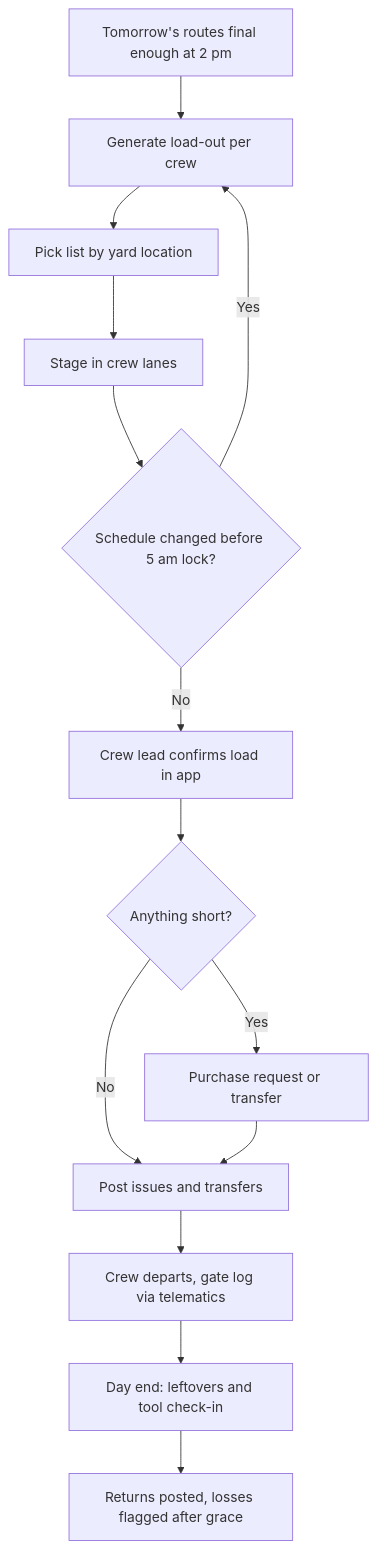
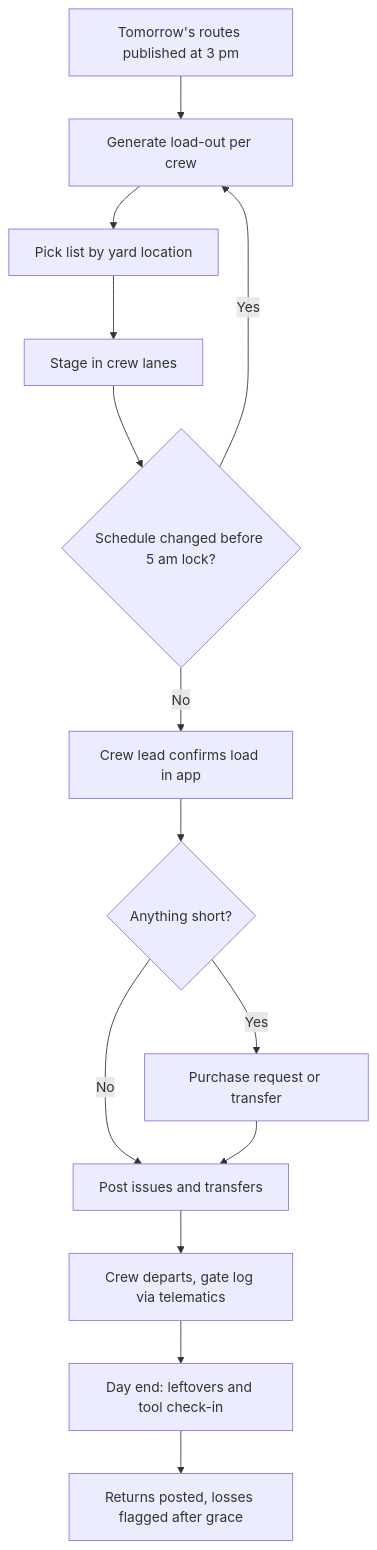
Before and after one commit to jdinard/landscape: the fourth of 14 diagrams in docs/13-operations-inventory-equipment.md, drawn with Mermaid. The commit also changed other lines of this file and 21 other files, not shown here.

````diff
--- a/docs/13-operations-inventory-equipment.md
+++ b/docs/13-operations-inventory-equipment.md
@@ -1078,16 +1096,16 @@
 ```mermaid
 flowchart TD
-    A["Tomorrow's routes final enough at 2 pm"] --> B["Generate load-out per crew"]
+    A["Tomorrow's routes published at 3 pm"] --> B["Generate load-out per crew"]
     B --> C["Pick list by yard location"]
     C --> D["Stage in crew lanes"]
     D --> E{"Schedule changed before 5 am lock?"}
     E -- "Yes" --> B
     E -- "No" --> F["Crew lead confirms load in app"]
     F --> G{"Anything short?"}
     G -- "Yes" --> H["Purchase request or transfer"]
     G -- "No" --> I["Post issues and transfers"]
     H --> I
     I --> J["Crew departs, gate log via telematics"]
     J --> K["Day end: leftovers and tool check-in"]
     K --> L["Returns posted, losses flagged after grace"]
 ```
````
